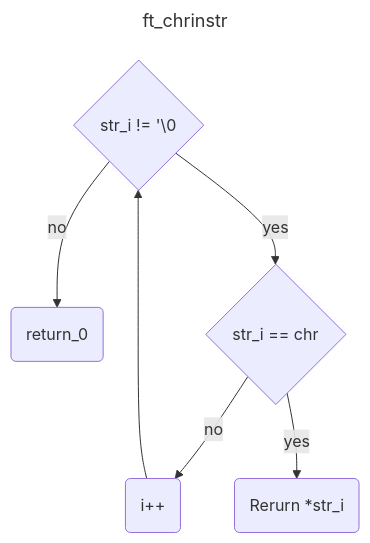
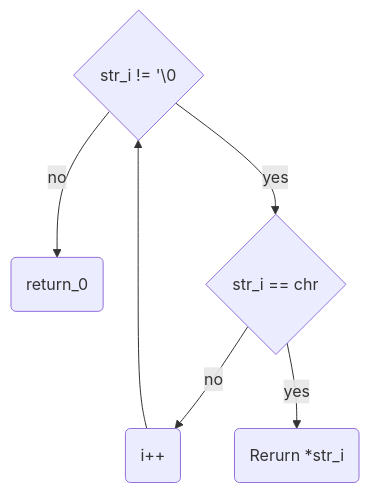
One commit to ELREKO/42-P1-get_next_line changed the diagram in doc/diagramm/ft_chrinstr.mmd. Above: the diagram before and after it, drawn with Mermaid.

```diff
--- a/doc/diagramm/ft_chrinstr.mmd
+++ b/doc/diagramm/ft_chrinstr.mmd
@@ -1,10 +1,5 @@
----
-title: ft_chrinstr
----
-
 flowchart TD
-
-A{str_i != '\0} -- no --> E(return_0) 
-A -- yes --> B{str_i == chr}
-B -- no -->C(i++)-->A
-B -- yes -->D(Rerurn *str_i)
+  A{str_i != '\0} -- no --> E(return_0) 
+  A -- yes --> B{str_i == chr}
+  B -- no -->C(i++)-->A
+  B -- yes -->D(Rerurn *str_i)
```
